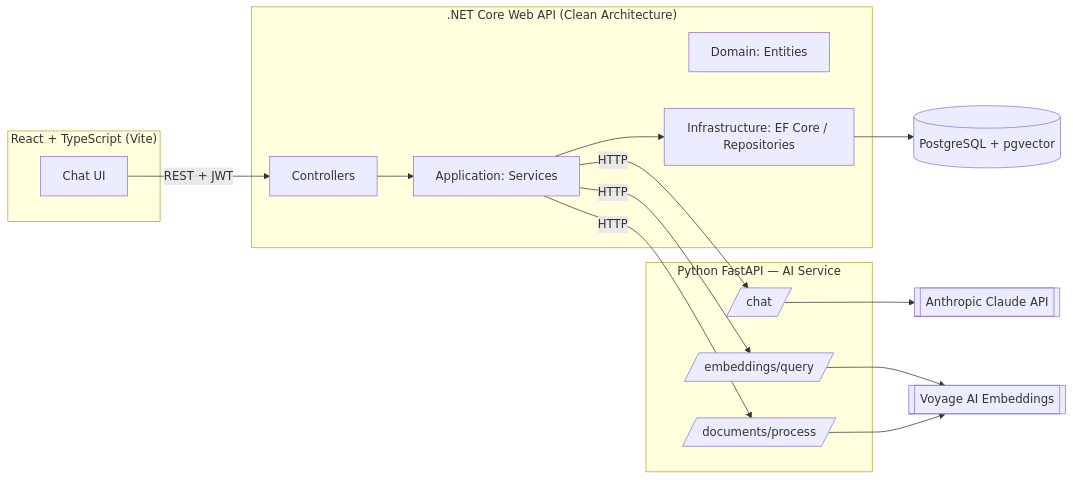
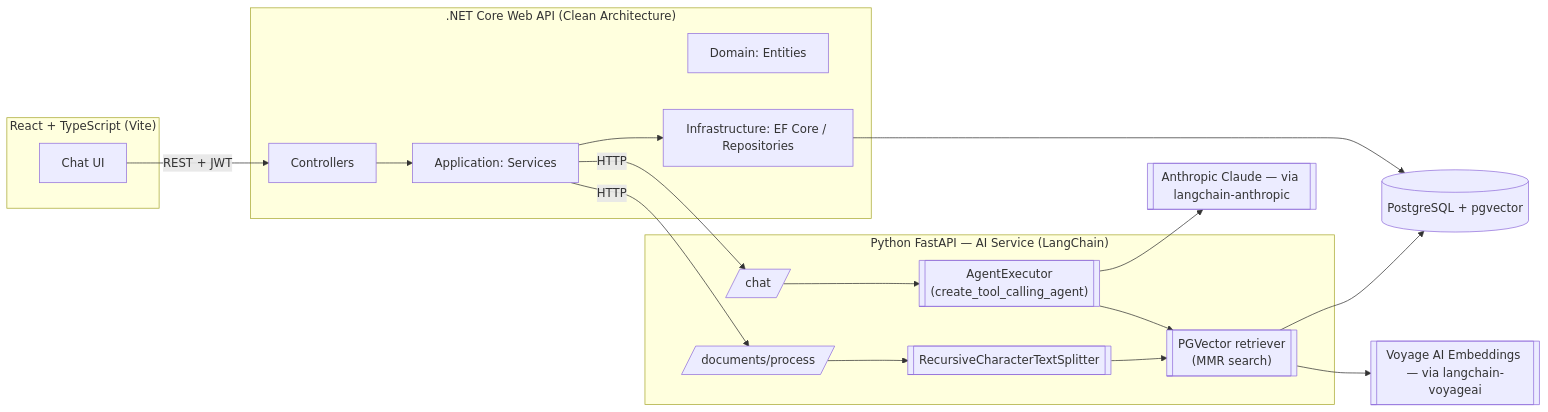
The diagram in README.md (osmanemreuzer/chatbot-langchain), drawn with Mermaid before and after one commit. The commit also changed other lines of this file and 1 other file, not shown here.

First line of the commit message:
Docs: README LangChain mimarisini yansitacak sekilde guncellendi

````diff
--- a/README.md
+++ b/README.md
@@ -21,32 +23,36 @@
 ```mermaid
 flowchart LR
     subgraph Frontend["React + TypeScript (Vite)"]
         UI[Chat UI]
     end
 
     subgraph Backend[".NET Core Web API (Clean Architecture)"]
         API[Controllers]
         APP[Application: Services]
         DOM[Domain: Entities]
         INFRA[Infrastructure: EF Core / Repositories]
     end
 
-    subgraph AIService["Python FastAPI — AI Service"]
+    subgraph AIService["Python FastAPI — AI Service (LangChain)"]
         CHAT[/chat/]
-        EMBED[/embeddings/query/]
         PROC[/documents/process/]
+        AGENT[["AgentExecutor\n(create_tool_calling_agent)"]]
+        RETRIEVER[["PGVector retriever\n(MMR search)"]]
+        SPLITTER[["RecursiveCharacterTextSplitter"]]
+        CHAT --> AGENT
+        AGENT --> RETRIEVER
+        PROC --> SPLITTER --> RETRIEVER
     end
 
     DB[(PostgreSQL + pgvector)]
-    CLAUDE[[Anthropic Claude API]]
-    VOYAGE[[Voyage AI Embeddings]]
+    CLAUDE[[Anthropic Claude — via langchain-anthropic]]
+    VOYAGE[[Voyage AI Embeddings — via langchain-voyageai]]
 
     UI -->|REST + JWT| API
     API --> APP --> INFRA --> DB
     APP -->|HTTP| CHAT
-    APP -->|HTTP| EMBED
     APP -->|HTTP| PROC
-    CHAT --> CLAUDE
-    EMBED --> VOYAGE
-    PROC --> VOYAGE
+    AGENT --> CLAUDE
+    RETRIEVER --> DB
+    RETRIEVER --> VOYAGE
 ```
````
